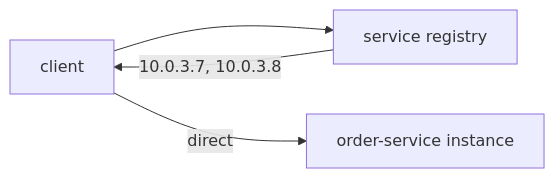
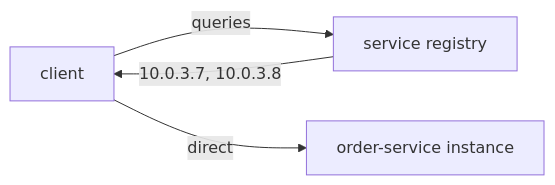
The tenth of 13 diagrams in docs/ch09-client-side-discovery.md (vinayakuber/microservices-io-study-guide), drawn with Mermaid before and after one commit. The commit also changed other lines of this file and 71 other files, not shown here.

First line of the commit message:
R18: label every diagram arrow with its meaning

````diff
--- a/docs/ch09-client-side-discovery.md
+++ b/docs/ch09-client-side-discovery.md
@@ -352,6 +352,6 @@
 ```mermaid
 flowchart LR
-  C["client"] --> REG["service registry"]
+  C["client"] -->|"queries"| REG["service registry"]
   REG -->|"10.0.3.7, 10.0.3.8"| C
   C -->|"direct"| SVC["order-service instance"]
 ```
````
